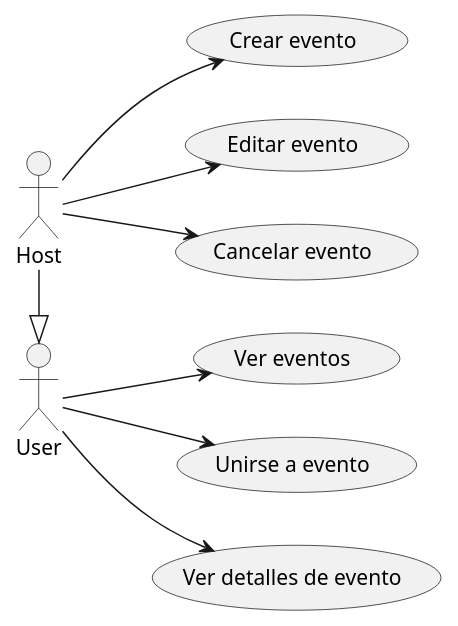
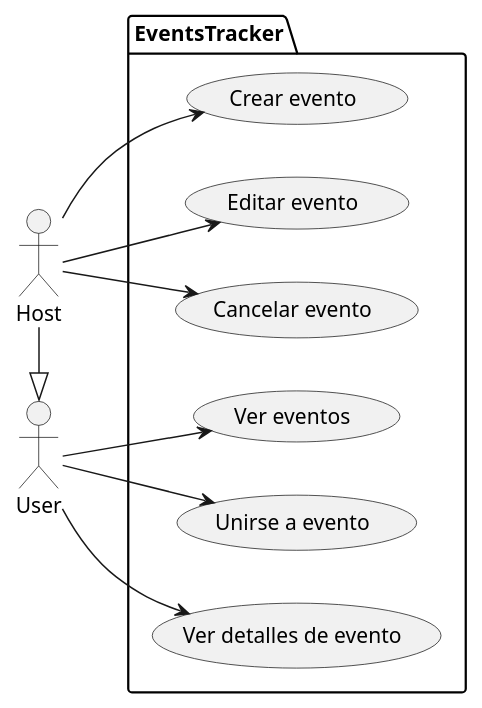
One commit to EZE404/EventsTracker changed the diagram in modeling/event_management_user_cases.plantuml. Above: the diagram before and after it, drawn with PlantUML. The commit also changed 7 other files, not shown here.

Commit message:
use cases diagrams updated

```diff
--- a/modeling/event_management_user_cases.plantuml
+++ b/modeling/event_management_user_cases.plantuml
@@ -1,19 +1,24 @@
 @startuml event management
 left to right direction
+
 actor Host
 actor User
 Host -|> User
-usecase "Crear evento" as UC_CreateEvent
-usecase "Editar evento" as UC_EditEvent
-usecase "Cancelar evento" as UC_CancelEvent
-usecase "Ver eventos" as UC_ViewEvents
-usecase "Unirse a evento" as UC_JoinEvent
-usecase "Ver detalles de evento" as UC_ViewEventDetails
+
+package "EventsTracker" {
+    usecase "Crear evento" as UC_CreateEvent
+    usecase "Editar evento" as UC_EditEvent
+    usecase "Cancelar evento" as UC_CancelEvent
+    usecase "Ver eventos" as UC_ViewEvents
+    usecase "Unirse a evento" as UC_JoinEvent
+    usecase "Ver detalles de evento" as UC_ViewEventDetails
+}
 
 Host --> UC_CreateEvent
 Host --> UC_EditEvent
 Host --> UC_CancelEvent
 User --> UC_ViewEvents
 User --> UC_JoinEvent
 User --> UC_ViewEventDetails
+
 @enduml
```
